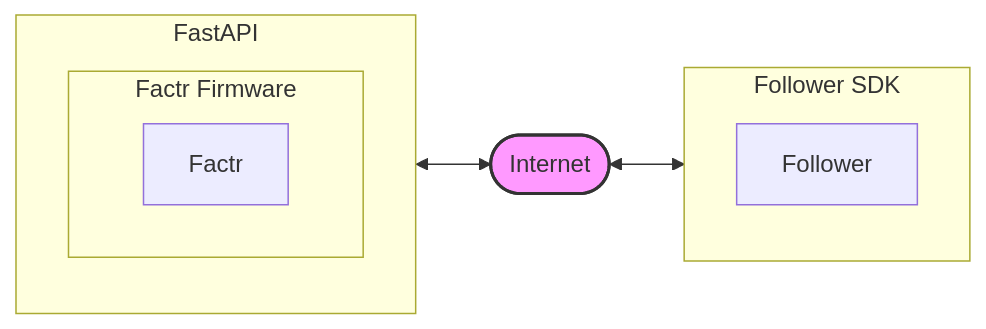
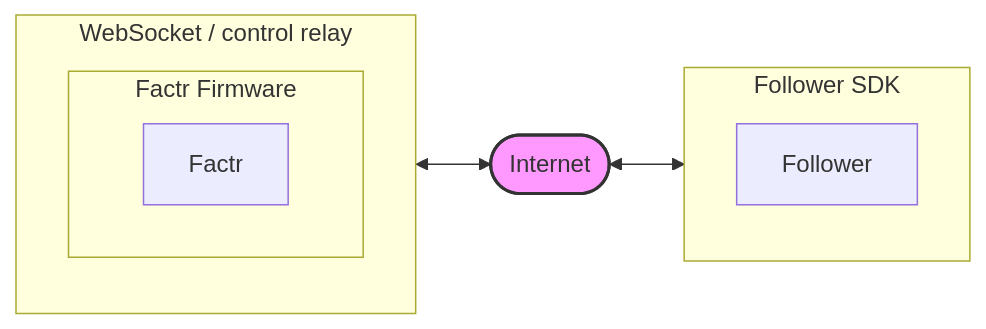
The diagram in FACTR_Teleop/README.md (rvl-lab-utoronto/FACTR-Server), drawn with Mermaid before and after one commit. The commit also changed other lines of this file and 10 other files, not shown here.

Commit message:
Serve FACTR readings and diagnostics over WebSocket

````diff
--- a/FACTR_Teleop/README.md
+++ b/FACTR_Teleop/README.md
@@ -22,20 +34,20 @@
 ```mermaid
 graph LR
     %% Nodes definition
-    subgraph F [FastAPI]
+    subgraph F [WebSocket / control relay]
         subgraph B [Factr Firmware]
             A[Factr]
         end
     end
     C([Internet])
     subgraph E [Follower SDK]
         D[Follower]
     end
 
     %% Connections
     F <--> C
     C <--> E
     
     %% Styling (Optional)
     style C fill:#f9f,stroke:#333,stroke-width:2px
 ```
````
